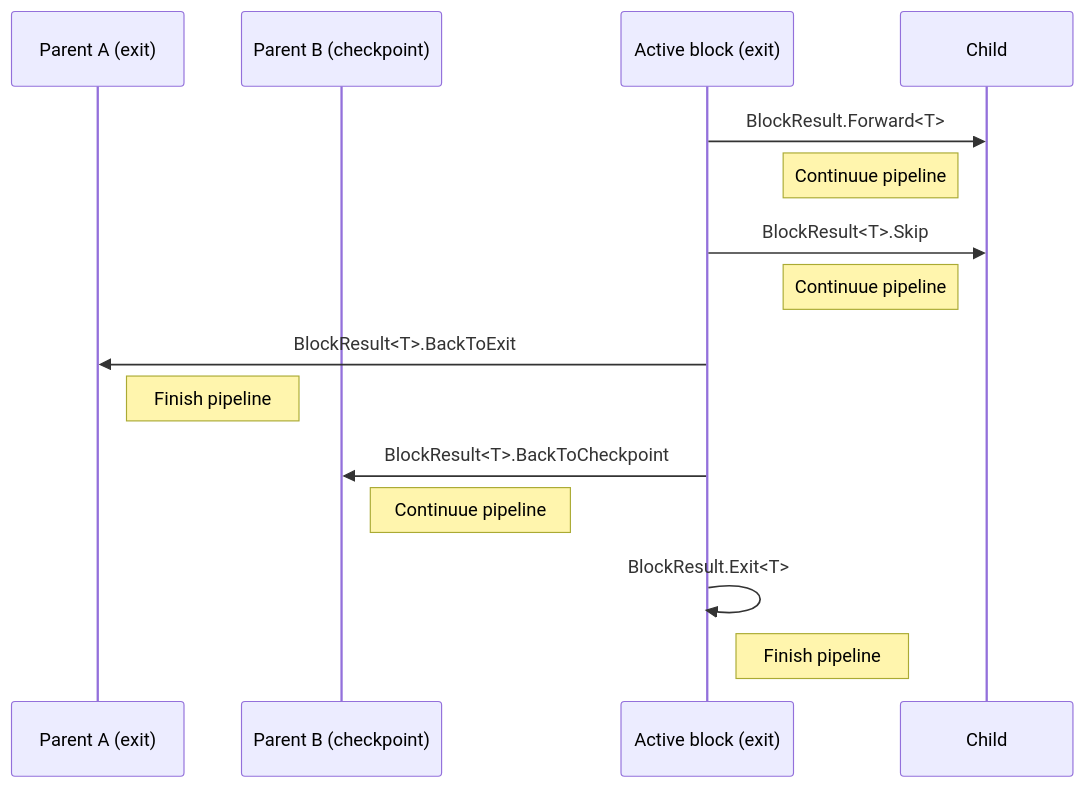
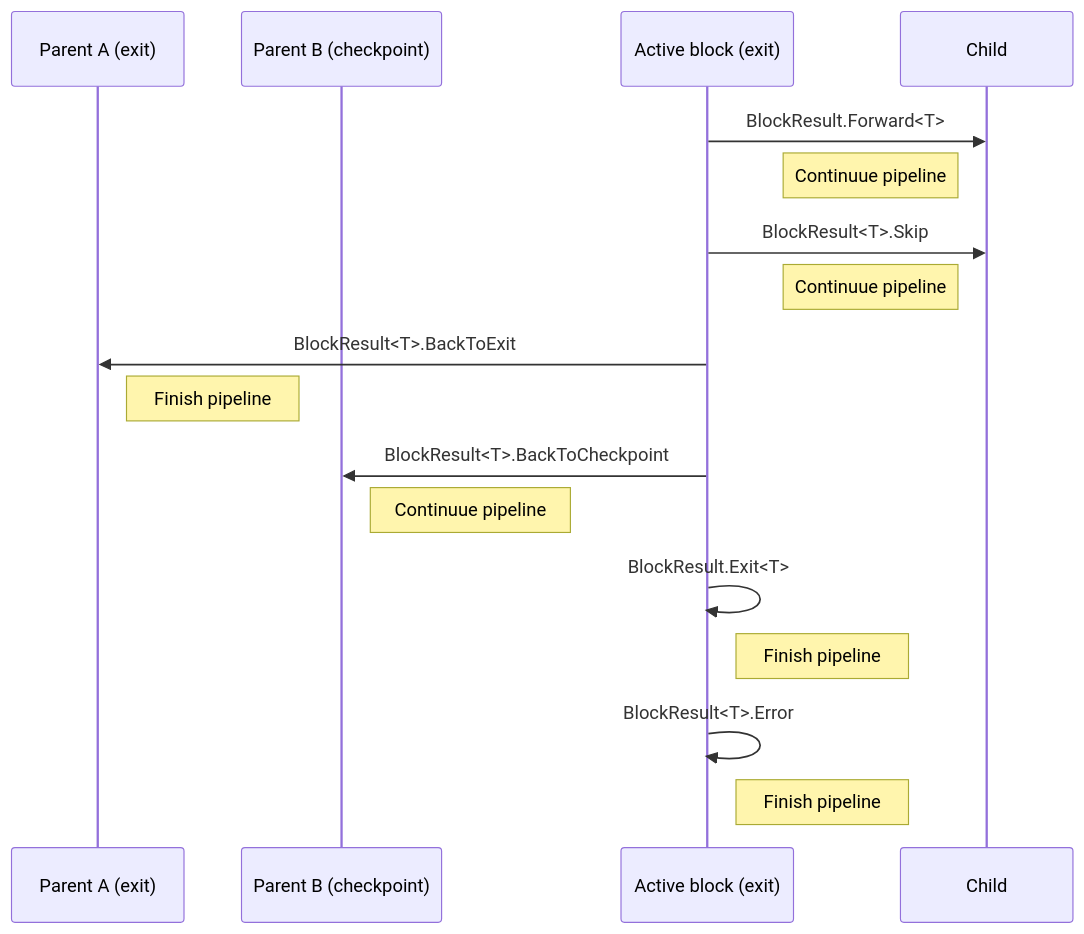
One commit to danielklecha/PipelineBlocks changed the diagram in README.md. Above: the diagram before and after it, drawn with Mermaid. The commit also changed other lines of this file, not shown here.

````diff
--- a/README.md
+++ b/README.md
@@ -39,17 +50,19 @@
 ```mermaid
 sequenceDiagram
 participant PA as Parent A (exit)
 participant PB as Parent B (checkpoint)
 participant A as Active block (exit)
 participant CA as Child
 A ->> CA: BlockResult.Forward<T>
 Note left of CA: Continuue pipeline
 A ->> CA: BlockResult<T>.Skip
 Note left of CA: Continuue pipeline
 A ->> PA: BlockResult<T>.BackToExit
 Note right of PA: Finish pipeline
 A ->> PB: BlockResult<T>.BackToCheckpoint
 Note right of PB: Continuue pipeline
 A ->> A: BlockResult.Exit<T>
 Note right of A: Finish pipeline
+A ->> A: BlockResult<T>.Error
+Note right of A: Finish pipeline
 ```
````
